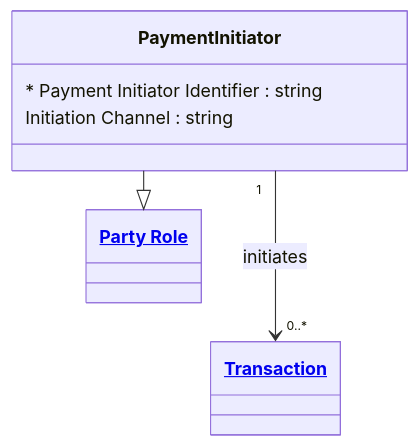
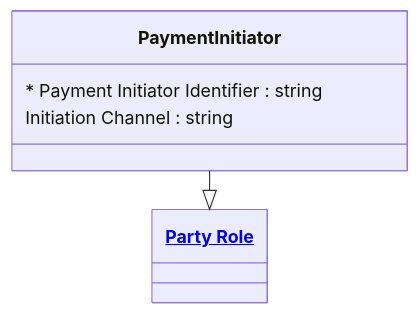
The diagram in examples/Financial Crime/entities/payment_initiator.md (Semprini/md-ddl), drawn with Mermaid before and after one commit. The commit also changed other lines of this file and 12 other files, not shown here.

````diff
--- a/examples/Financial Crime/entities/payment_initiator.md
+++ b/examples/Financial Crime/entities/payment_initiator.md
@@ -9,17 +9,15 @@
 ```mermaid
 ---
 config:
   layout: elk
 ---
 classDiagram
   class PaymentInitiator{
     * Payment Initiator Identifier : string
     Initiation Channel : string
   }
 
   PaymentInitiator --|> PartyRole
-  PaymentInitiator "1" --> "0..*" Transaction : initiates
 
   class PartyRole["<a href='party_role.md'>Party Role</a>"]
-  class Transaction["<a href='transaction.md'>Transaction</a>"]
 ```
````
